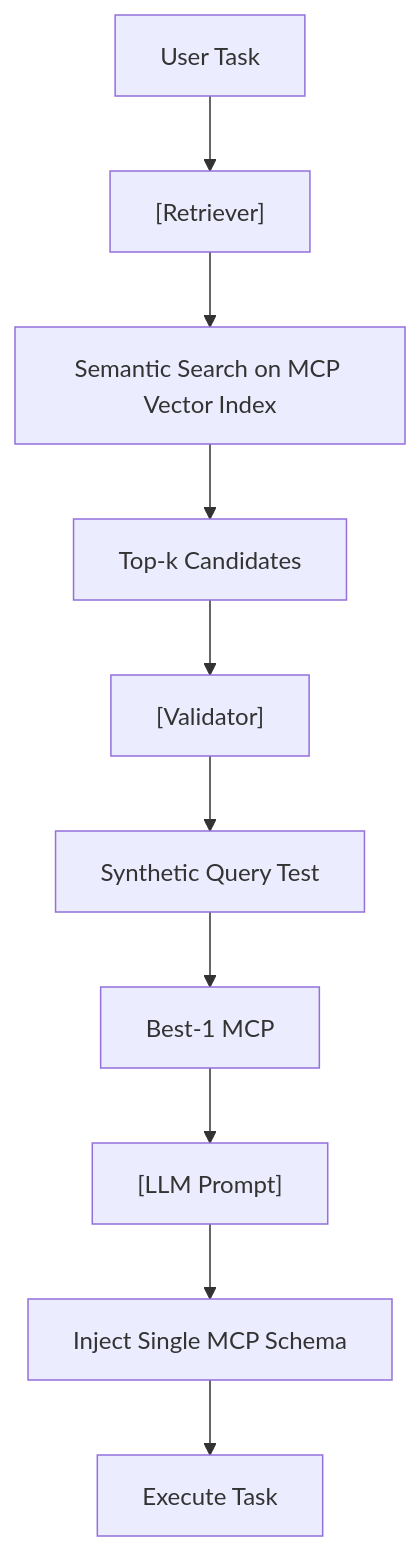
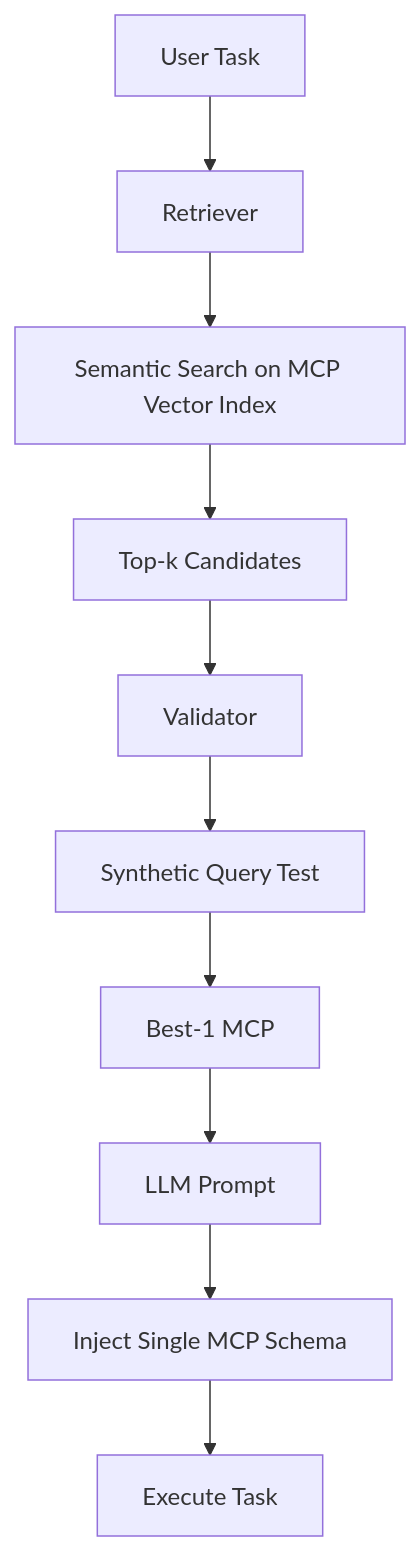
Before and after one commit to sou350121/Trading-Handbook: the diagram in foundations/llm-agentic/rag-mcp.md, drawn with Mermaid. The commit also changed 191 other files, not shown here.

First line of the commit message:
render: fix math + mermaid for GitHub across the corpus (188 pages)

````diff
--- a/foundations/llm-agentic/rag-mcp.md
+++ b/foundations/llm-agentic/rag-mcp.md
@@ -30,12 +30,12 @@
 ```mermaid
 flowchart TD
-    A["User Task"] --> B["[Retriever]"]
+    A["User Task"] --> B["Retriever"]
     B --> C["Semantic Search on MCP Vector Index"]
     C --> D["Top-k Candidates"]
-    D --> E["[Validator]"]
+    D --> E["Validator"]
     E --> F["Synthetic Query Test"]
     F --> G["Best-1 MCP"]
-    G --> H["[LLM Prompt]"]
+    G --> H["LLM Prompt"]
     H --> I["Inject Single MCP Schema"]
     I --> J["Execute Task"]
 ```
````
